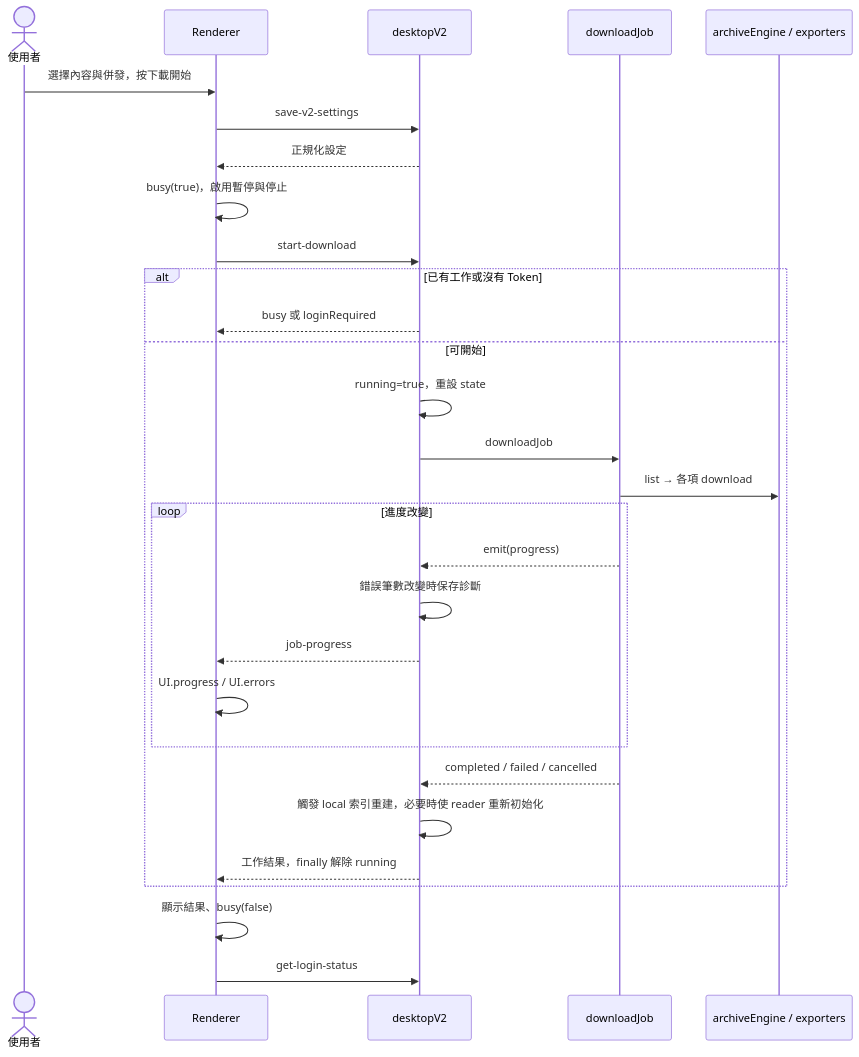
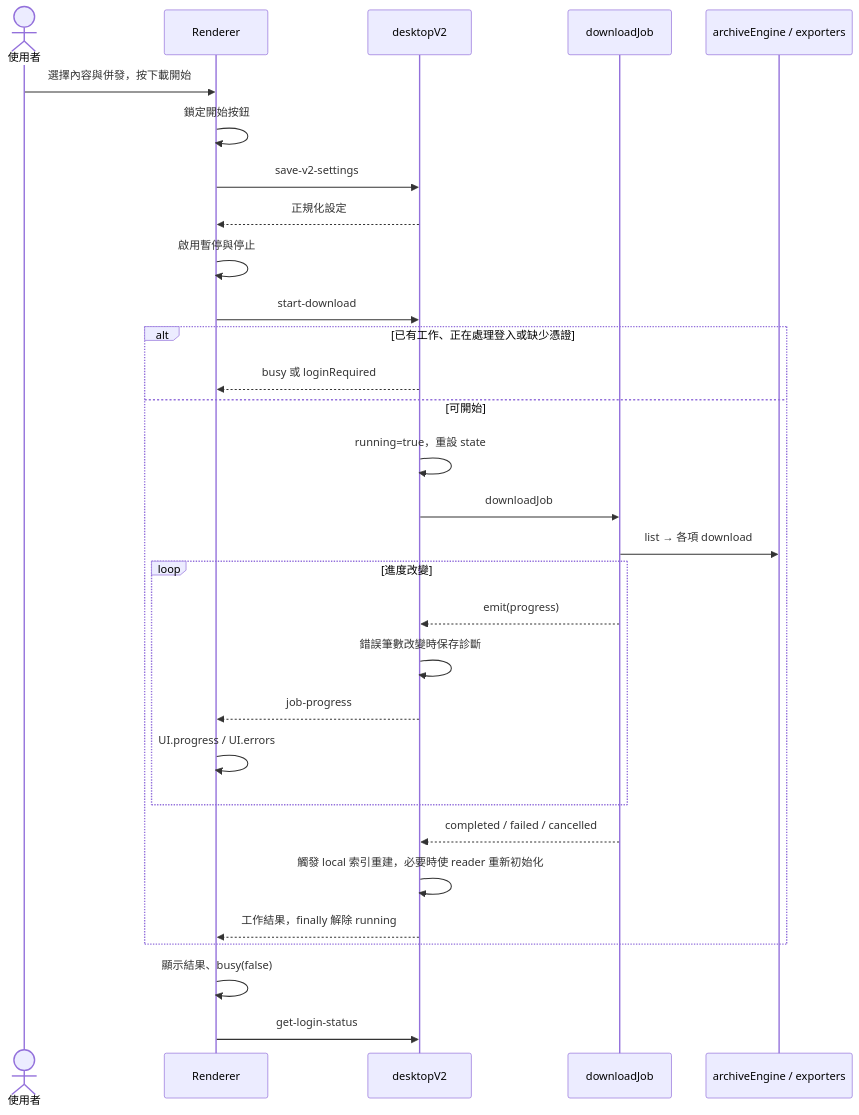
One commit to Senachi124/TakanekoFanClubDownloader changed the second of 4 diagrams in docs/interaction-flow.md. Above: the diagram before and after it, drawn with Mermaid. The commit also changed other lines of this file and 22 other files, not shown here.

````diff
--- a/docs/interaction-flow.md
+++ b/docs/interaction-flow.md
@@ -42,31 +46,32 @@
 ```mermaid
 sequenceDiagram
     actor U as 使用者
     participant R as Renderer
     participant D as desktopV2
     participant J as downloadJob
     participant E as archiveEngine / exporters
     U->>R: 選擇內容與併發，按下載開始
+    R->>R: 鎖定開始按鈕
     R->>D: save-v2-settings
     D-->>R: 正規化設定
-    R->>R: busy(true)，啟用暫停與停止
+    R->>R: 啟用暫停與停止
     R->>D: start-download
-    alt 已有工作或沒有 Token
+    alt 已有工作、正在處理登入或缺少憑證
         D-->>R: busy 或 loginRequired
     else 可開始
         D->>D: running=true，重設 state
         D->>J: downloadJob
         J->>E: list → 各項 download
         loop 進度改變
             J-->>D: emit(progress)
             D->>D: 錯誤筆數改變時保存診斷
             D-->>R: job-progress
             R->>R: UI.progress / UI.errors
         end
         J-->>D: completed / failed / cancelled
         D->>D: 觸發 local 索引重建，必要時使 reader 重新初始化
         D-->>R: 工作結果，finally 解除 running
     end
     R->>R: 顯示結果、busy(false)
     R->>D: get-login-status
 ```
````
